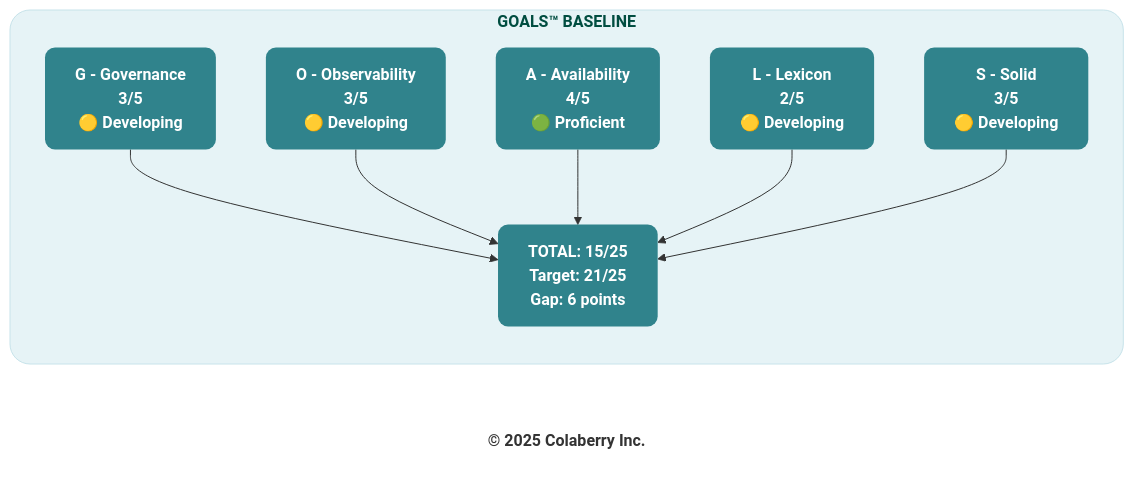
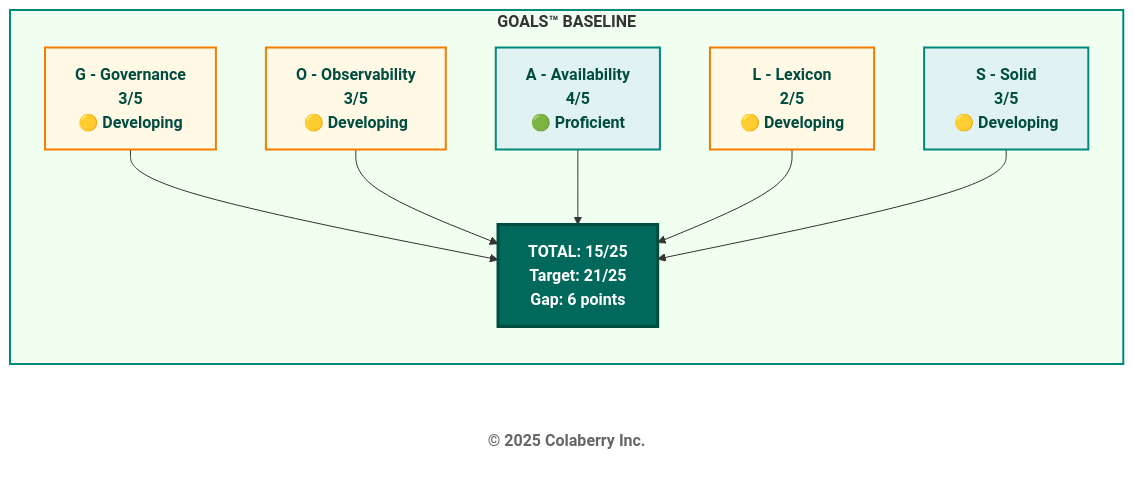
The first of 11 diagrams in manuscript/09_chapter_8_architecture_of_trust_in_action.md (saitejesh-cyber/trust-before-intelligence-book), drawn with Mermaid before and after one commit. The commit also changed other lines of this file and 12 other files, not shown here.

Commit message:
Restore legacy Mermaid styles for Option 1

````diff
--- a/manuscript/09_chapter_8_architecture_of_trust_in_action.md
+++ b/manuscript/09_chapter_8_architecture_of_trust_in_action.md
@@ -50,29 +50,29 @@
 ```mermaid
 graph LR
   subgraph BASELINE["<b>GOALS™ BASELINE</b>"]
     G["<b>G - Governance</b><br/><b>3/5</b><br/><b>🟡 Developing</b>"]
     O["<b>O - Observability</b><br/><b>3/5</b><br/><b>🟡 Developing</b>"]
     A["<b>A - Availability</b><br/><b>4/5</b><br/><b>🟢 Proficient</b>"]
     L["<b>L - Lexicon</b><br/><b>2/5</b><br/><b>🟡 Developing</b>"]
     S["<b>S - Solid</b><br/><b>3/5</b><br/><b>🟡 Developing</b>"]
     
     TOTAL["<b>TOTAL: 15/25</b><br/><b>Target: 21/25</b><br/><b>Gap: 6 points</b>"]
   end
   
   G --> TOTAL
   O --> TOTAL
   A --> TOTAL
   L --> TOTAL
   S --> TOTAL
   
-  style BASELINE fill:#e6f3f6,stroke:#c7e3ea,stroke-width:1px,color:#004d40,rx:20,ry:20
-  style G fill:#30838C,stroke:none,color:#ffffff,rx:10,ry:10
-  style O fill:#30838C,stroke:none,color:#ffffff,rx:10,ry:10
-  style A fill:#30838C,stroke:none,color:#ffffff,rx:10,ry:10
-  style L fill:#30838C,stroke:none,color:#ffffff,rx:10,ry:10
-  style S fill:#30838C,stroke:none,color:#ffffff,rx:10,ry:10
-  style TOTAL fill:#30838C,stroke:none,color:#ffffff,rx:10,ry:10
+  style BASELINE fill:#f0fff0,stroke:#00897b,stroke-width:2px
+  style G fill:#fff9e6,stroke:#f57c00,stroke-width:2px,color:#004d40
+  style O fill:#fff9e6,stroke:#f57c00,stroke-width:2px,color:#004d40
+  style A fill:#e0f2f1,stroke:#00897b,stroke-width:2px,color:#004d40
+  style L fill:#fff9e6,stroke:#f57c00,stroke-width:2px,color:#004d40
+  style S fill:#e0f2f1,stroke:#00897b,stroke-width:2px,color:#004d40
+  style TOTAL fill:#00695c,color:#ffffff,stroke:#004d40,stroke-width:3px
   
   Copyright["<b>© 2025 Colaberry Inc.</b>"]
-  style Copyright fill:none,stroke:none,color:#333333
+  style Copyright fill:#ffffff,stroke:none,color:#666666
 ```
````
